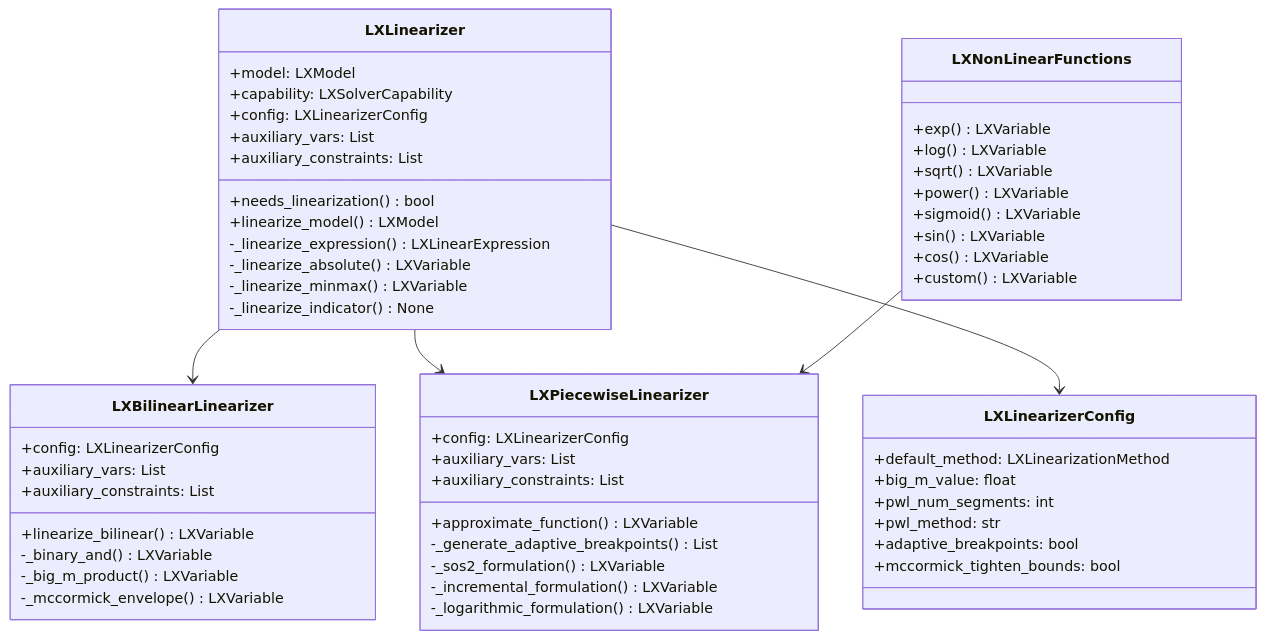
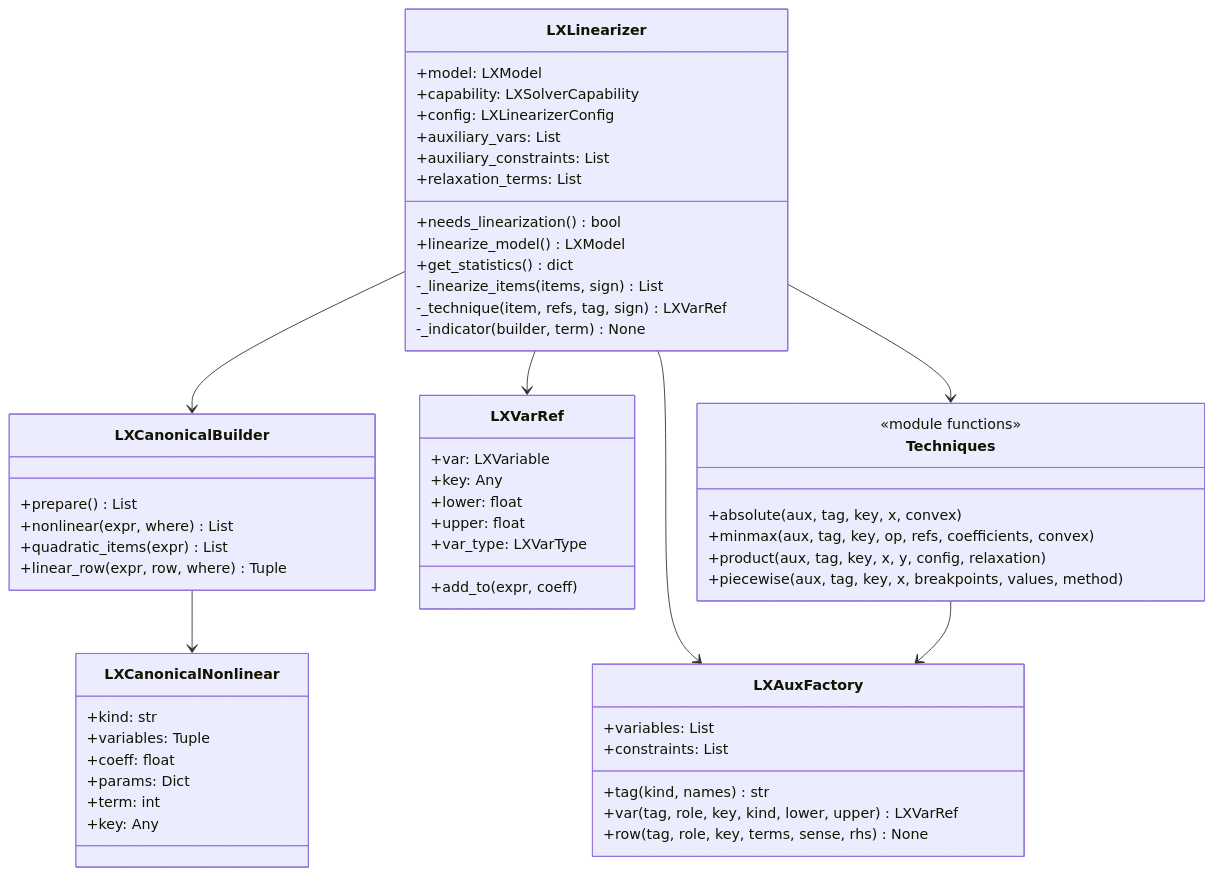
Before and after one commit to tdelphi1981/LumiX: the first of 2 diagrams in docs/source/development/linearization-architecture.rst, drawn with Mermaid. The commit also changed other lines of this file and 25 other files, not shown here.

Commit message:
docs: W4 linearization (per-instance terms, exact forms, relaxation flag)

```diff
--- a/docs/source/development/linearization-architecture.rst
+++ b/docs/source/development/linearization-architecture.rst
@@ -20,62 +32,65 @@
 .. mermaid::
 
    classDiagram
        class LXLinearizer {
            +model: LXModel
            +capability: LXSolverCapability
            +config: LXLinearizerConfig
            +auxiliary_vars: List
            +auxiliary_constraints: List
+           +relaxation_terms: List
            +needs_linearization() bool
            +linearize_model() LXModel
-           -_linearize_expression() LXLinearExpression
-           -_linearize_absolute() LXVariable
-           -_linearize_minmax() LXVariable
-           -_linearize_indicator() None
+           +get_statistics() dict
+           -_linearize_items(items, sign) List
+           -_technique(item, refs, tag, sign) LXVarRef
+           -_indicator(builder, term) None
        }
 
-       class LXBilinearLinearizer {
-           +config: LXLinearizerConfig
-           +auxiliary_vars: List
-           +auxiliary_constraints: List
-           +linearize_bilinear() LXVariable
-           -_binary_and() LXVariable
-           -_big_m_product() LXVariable
-           -_mccormick_envelope() LXVariable
+       class LXCanonicalBuilder {
+           +prepare() List
+           +nonlinear(expr, where) List
+           +quadratic_items(expr) List
+           +linear_row(expr, row, where) Tuple
        }
 
-       class LXPiecewiseLinearizer {
-           +config: LXLinearizerConfig
-           +auxiliary_vars: List
-           +auxiliary_constraints: List
-           +approximate_function() LXVariable
-           -_generate_adaptive_breakpoints() List
-           -_sos2_formulation() LXVariable
-           -_incremental_formulation() LXVariable
-           -_logarithmic_formulation() LXVariable
+       class LXCanonicalNonlinear {
+           +kind: str
+           +variables: Tuple
+           +coeff: float
+           +params: Dict
+           +term: int
+           +key: Any
        }
 
-       class LXLinearizerConfig {
-           +default_method: LXLinearizationMethod
-           +big_m_value: float
-           +pwl_num_segments: int
-           +pwl_method: str
-           +adaptive_breakpoints: bool
-           +mccormick_tighten_bounds: bool
+       class LXVarRef {
+           +var: LXVariable
+           +key: Any
+           +lower: float
+           +upper: float
+           +var_type: LXVarType
+           +add_to(expr, coeff)
        }
 
-       class LXNonLinearFunctions {
-           +exp() LXVariable
-           +log() LXVariable
-           +sqrt() LXVariable
-           +power() LXVariable
-           +sigmoid() LXVariable
-           +sin() LXVariable
-           +cos() LXVariable
-           +custom() LXVariable
+       class LXAuxFactory {
+           +variables: List
+           +constraints: List
+           +tag(kind, names) str
+           +var(tag, role, key, kind, lower, upper) LXVarRef
+           +row(tag, role, key, terms, sense, rhs) None
        }
 
-       LXLinearizer --> LXBilinearLinearizer
-       LXLinearizer --> LXPiecewiseLinearizer
-       LXLinearizer --> LXLinearizerConfig
-       LXNonLinearFunctions --> LXPiecewiseLinearizer
+       class Techniques {
+           <<module functions>>
+           +absolute(aux, tag, key, x, convex)
+           +minmax(aux, tag, key, op, refs, coefficients, convex)
+           +product(aux, tag, key, x, y, config, relaxation)
+           +piecewise(aux, tag, key, x, breakpoints, values, method)
+       }
+
+       LXLinearizer --> LXCanonicalBuilder
+       LXCanonicalBuilder --> LXCanonicalNonlinear
+       LXLinearizer --> LXVarRef
+       LXLinearizer --> LXAuxFactory
+       LXLinearizer --> Techniques
+       Techniques --> LXAuxFactory
```
